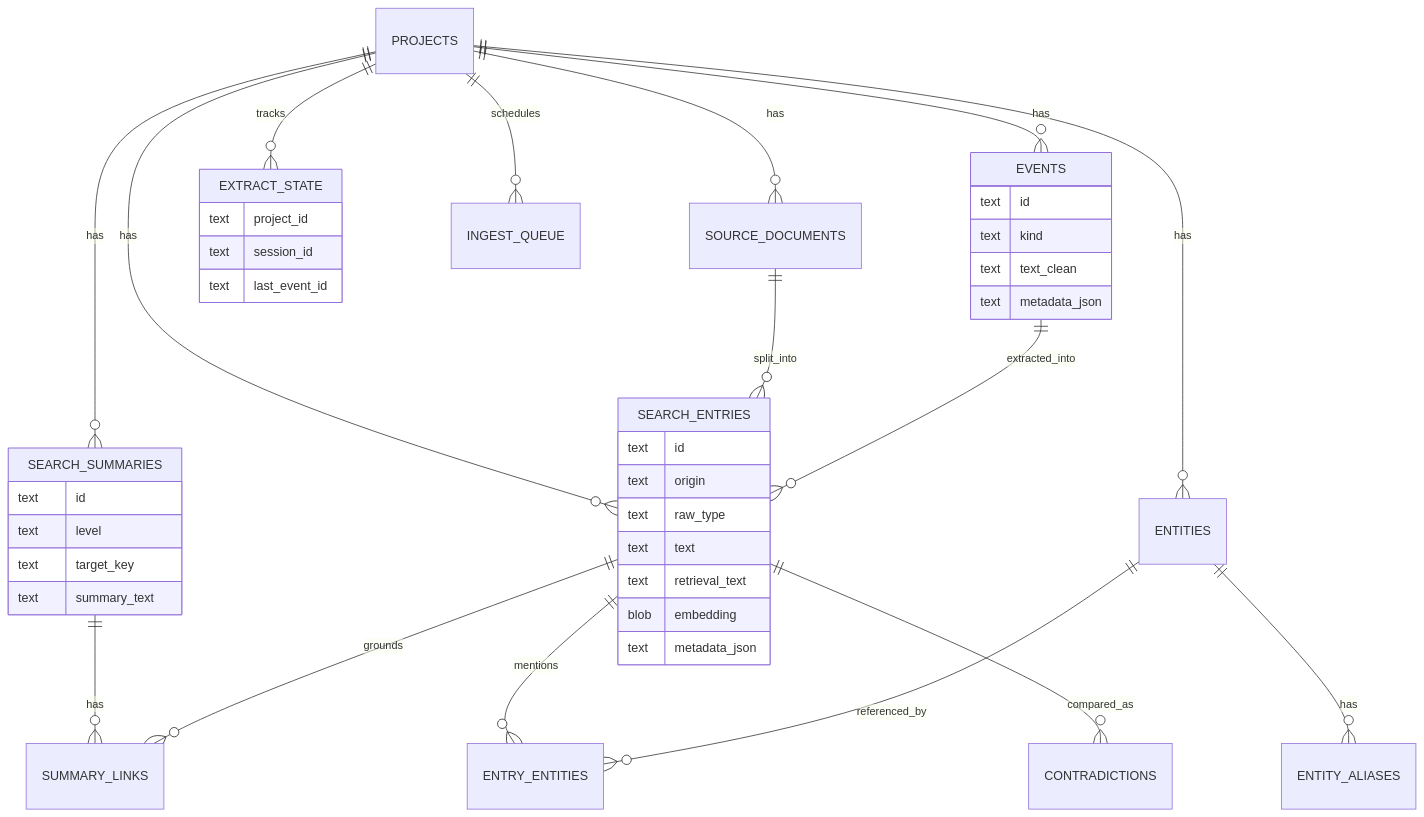
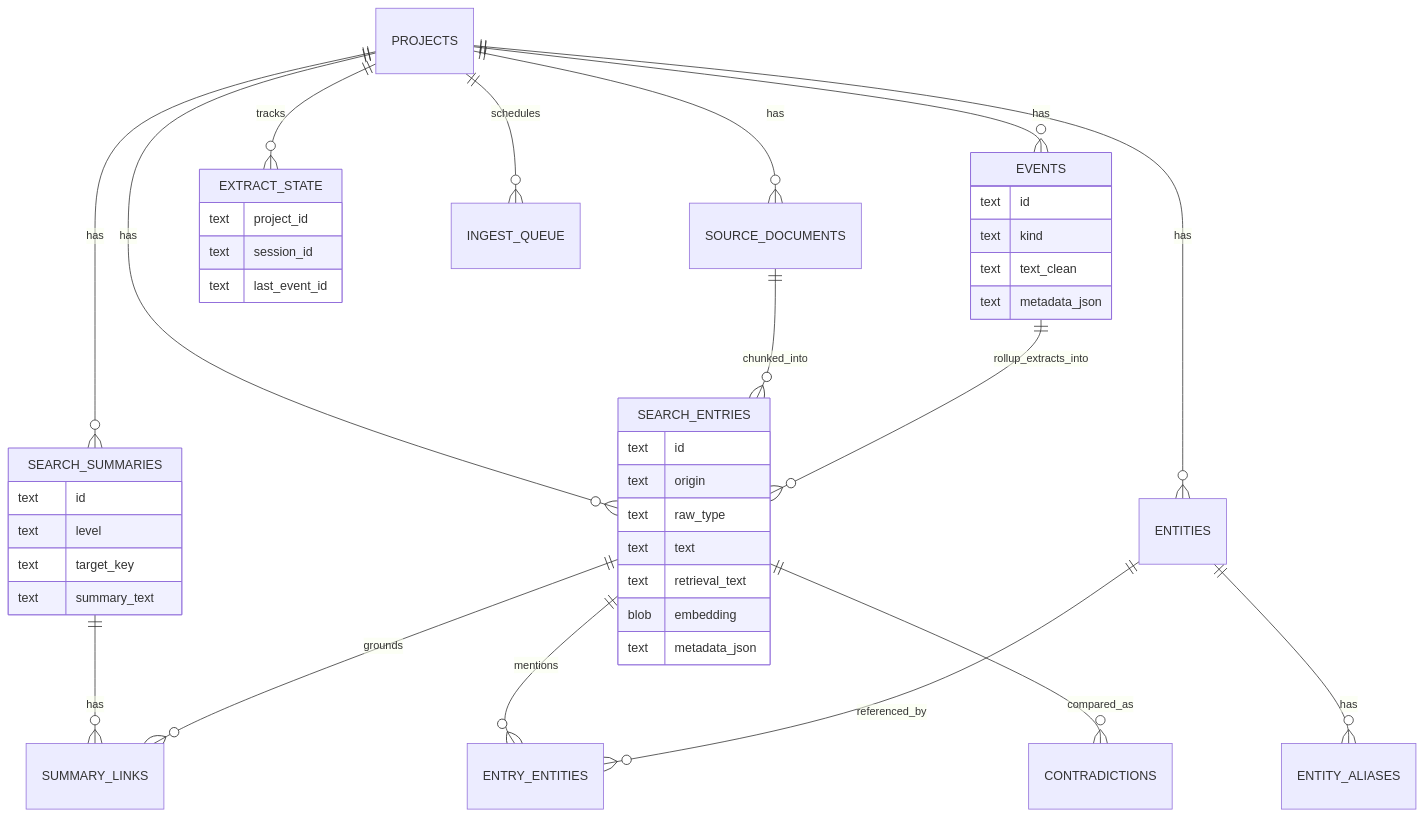
The third of 3 diagrams in Document/flow.md (taeuk178/MultiAgentCLI), drawn with Mermaid before and after one commit. The commit also changed other lines of this file and 13 other files, not shown here.

````diff
--- a/Document/flow.md
+++ b/Document/flow.md
@@ -92,48 +95,48 @@
 ```mermaid
 erDiagram
     PROJECTS ||--o{ EVENTS : has
     PROJECTS ||--o{ SOURCE_DOCUMENTS : has
     PROJECTS ||--o{ SEARCH_ENTRIES : has
     PROJECTS ||--o{ SEARCH_SUMMARIES : has
     PROJECTS ||--o{ EXTRACT_STATE : tracks
     PROJECTS ||--o{ ENTITIES : has
     PROJECTS ||--o{ INGEST_QUEUE : schedules
-    SOURCE_DOCUMENTS ||--o{ SEARCH_ENTRIES : split_into
-    EVENTS ||--o{ SEARCH_ENTRIES : extracted_into
+    SOURCE_DOCUMENTS ||--o{ SEARCH_ENTRIES : chunked_into
+    EVENTS ||--o{ SEARCH_ENTRIES : rollup_extracts_into
     SEARCH_SUMMARIES ||--o{ SUMMARY_LINKS : has
     SEARCH_ENTRIES ||--o{ SUMMARY_LINKS : grounds
     SEARCH_ENTRIES ||--o{ ENTRY_ENTITIES : mentions
     ENTITIES ||--o{ ENTRY_ENTITIES : referenced_by
     ENTITIES ||--o{ ENTITY_ALIASES : has
     SEARCH_ENTRIES ||--o{ CONTRADICTIONS : compared_as
 
     EVENTS {
         text id
         text kind
         text text_clean
         text metadata_json
     }
 
     SEARCH_ENTRIES {
         text id
         text origin
         text raw_type
         text text
         text retrieval_text
         blob embedding
         text metadata_json
     }
 
     SEARCH_SUMMARIES {
         text id
         text level
         text target_key
         text summary_text
     }
 
     EXTRACT_STATE {
         text project_id
         text session_id
         text last_event_id
     }
 ```
````
